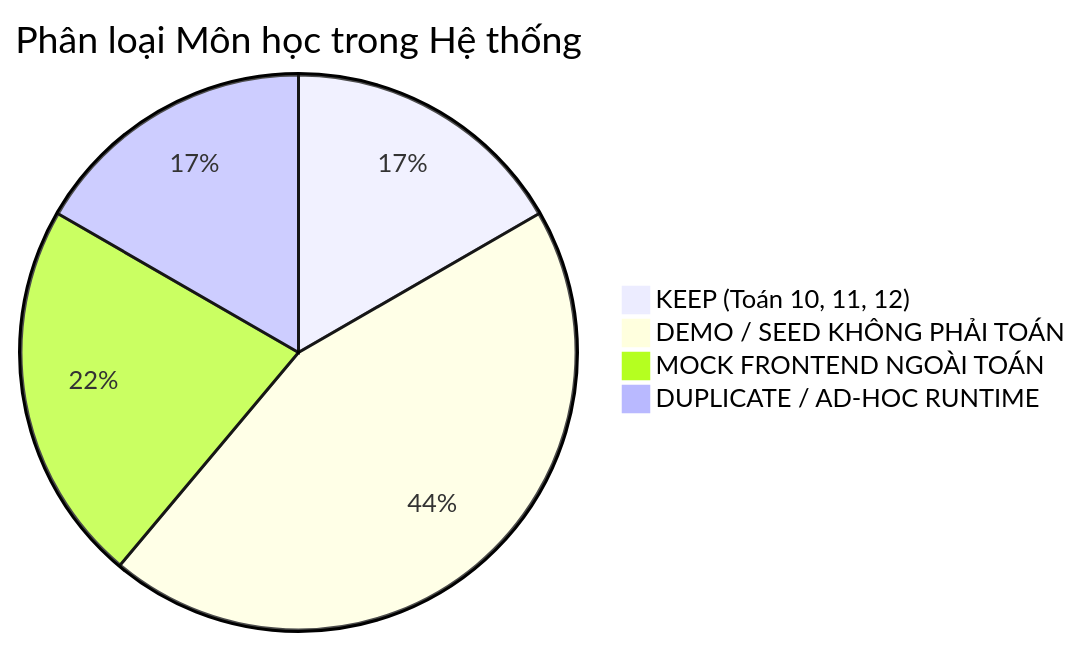
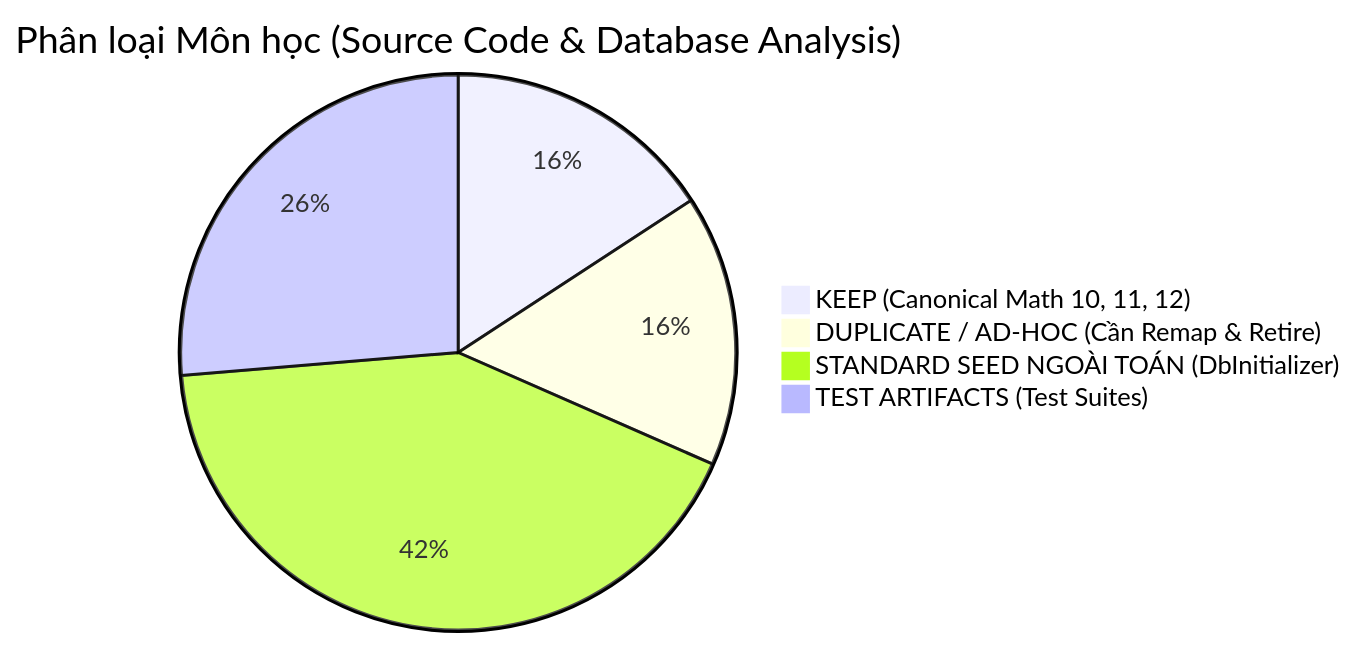
The second of 2 diagrams in docs/audit/MATH_ONLY_DATA_INVENTORY.md (hthuyngan/STUDY_AI-), drawn with Mermaid before and after one commit. The commit also changed other lines of this file and 2 other files, not shown here.

Commit message:
docs(curriculum): correct Math 10-12 cleanup plan with strict pairs, ingress prevention and safe SQL rehearsal

````diff
--- a/docs/audit/MATH_ONLY_DATA_INVENTORY.md
+++ b/docs/audit/MATH_ONLY_DATA_INVENTORY.md
@@ -56,7 +69,7 @@
 ```mermaid
-pie title Phân loại Môn học trong Hệ thống
-    "KEEP (Toán 10, 11, 12)" : 3
-    "DEMO / SEED KHÔNG PHẢI TOÁN" : 8
-    "MOCK FRONTEND NGOÀI TOÁN" : 4
-    "DUPLICATE / AD-HOC RUNTIME" : 3
+pie title Phân loại Môn học (Source Code & Database Analysis)
+    "KEEP (Canonical Math 10, 11, 12)" : 3
+    "DUPLICATE / AD-HOC (Cần Remap & Retire)" : 3
+    "STANDARD SEED NGOÀI TOÁN (DbInitializer)" : 8
+    "TEST ARTIFACTS (Test Suites)" : 5
 ```
````
